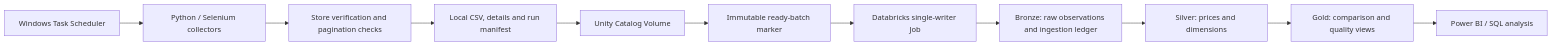
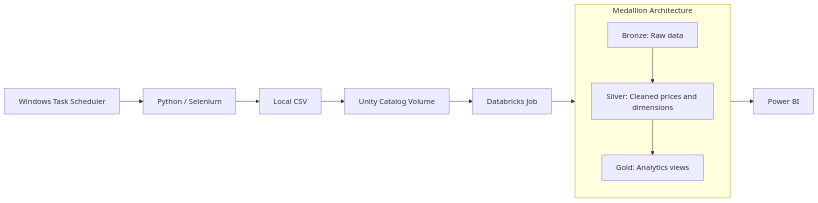
The diagram in README.md (ANamTHONY/CHCH-supermarket-price-tracker), drawn with Mermaid before and after one commit.

Commit message:
Simplify architecture diagram with stacked medallion layers

````diff
--- a/README.md
+++ b/README.md
@@ -26,13 +26,16 @@
 ```mermaid
 flowchart LR
-    A[Windows Task Scheduler] --> B[Python / Selenium collectors]
-    B --> C[Store verification and pagination checks]
-    C --> D[Local CSV, details and run manifest]
-    D --> E[Unity Catalog Volume]
-    E --> F[Immutable ready-batch marker]
-    F --> G[Databricks single-writer Job]
-    G --> H[Bronze: raw observations and ingestion ledger]
-    H --> I[Silver: prices and dimensions]
-    I --> J[Gold: comparison and quality views]
-    J --> K[Power BI / SQL analysis]
+    A[Windows Task Scheduler] --> B[Python / Selenium]
+    B --> C[Local CSV]
+    C --> D[Unity Catalog Volume]
+    D --> E[Databricks Job]
+    E --> M
+
+    subgraph M[Medallion Architecture]
+        direction TB
+        Bronze[Bronze: Raw data] --> Silver[Silver: Cleaned prices and dimensions]
+        Silver --> Gold[Gold: Analytics views]
+    end
+
+    M --> F[Power BI]
 ```
````
